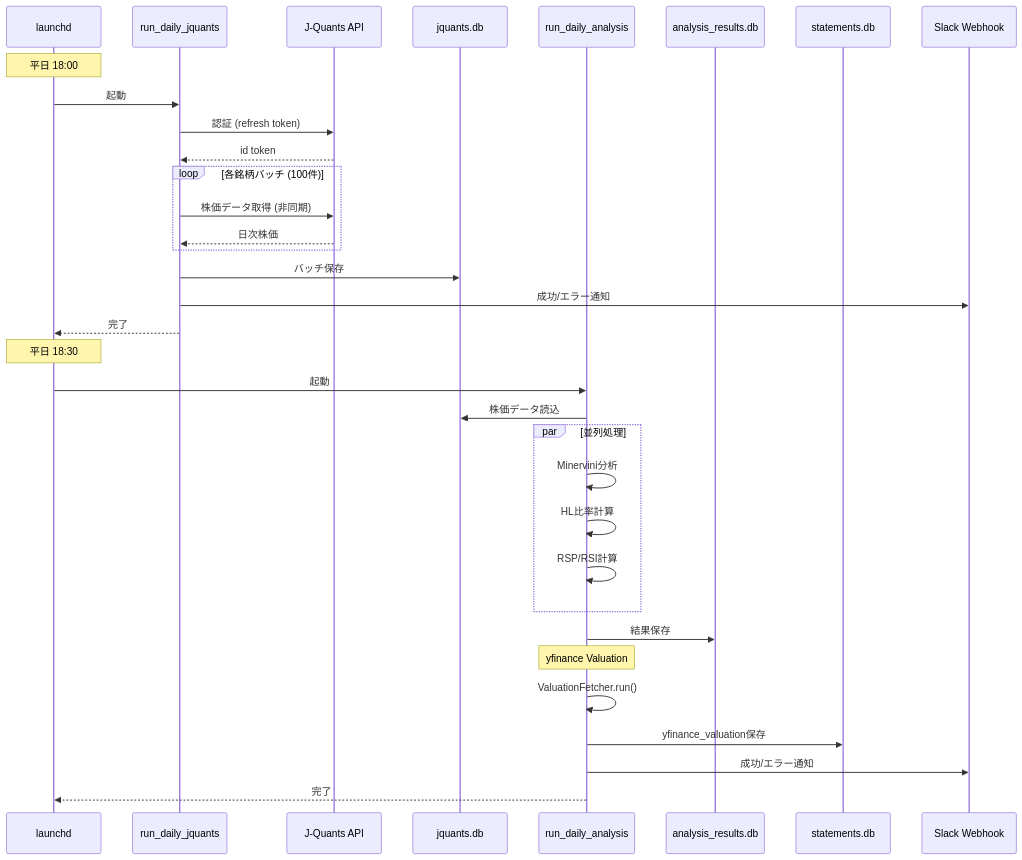
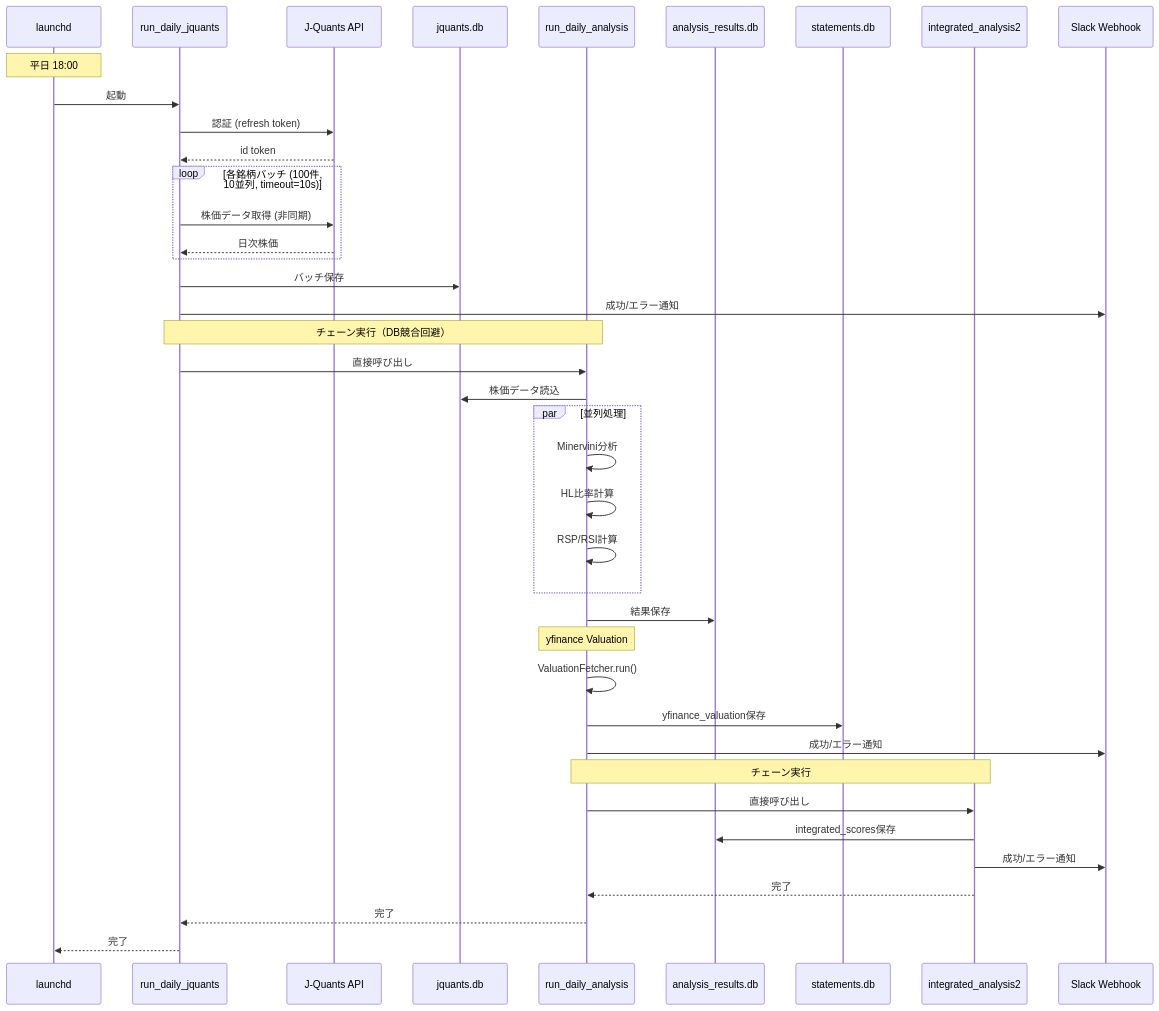
Before and after one commit to aidotters/stock-analysis: the third of 8 diagrams in docs/core/diagrams.md, drawn with Mermaid. The commit also changed other lines of this file and 11 other files, not shown here.

````diff
--- a/docs/core/diagrams.md
+++ b/docs/core/diagrams.md
@@ -151,44 +151,51 @@
 ```mermaid
 sequenceDiagram
     participant Launchd as launchd
     participant RDJ as run_daily_jquants
     participant JQ as J-Quants API
     participant DB as jquants.db
     participant RDA as run_daily_analysis
     participant ADB as analysis_results.db
     participant SDB as statements.db
+    participant IA2 as integrated_analysis2
     participant Slack as Slack Webhook
 
     Note over Launchd: 平日 18:00
     Launchd->>RDJ: 起動
     RDJ->>JQ: 認証 (refresh token)
     JQ-->>RDJ: id token
 
-    loop 各銘柄バッチ (100件)
+    loop 各銘柄バッチ (100件, 10並列, timeout=10s)
         RDJ->>JQ: 株価データ取得 (非同期)
         JQ-->>RDJ: 日次株価
     end
 
     RDJ->>DB: バッチ保存
     RDJ->>Slack: 成功/エラー通知
-    RDJ-->>Launchd: 完了
 
-    Note over Launchd: 平日 18:30
-    Launchd->>RDA: 起動
+    Note over RDJ,RDA: チェーン実行（DB競合回避）
+    RDJ->>RDA: 直接呼び出し
     RDA->>DB: 株価データ読込
 
     par 並列処理
         RDA->>RDA: Minervini分析
         RDA->>RDA: HL比率計算
         RDA->>RDA: RSP/RSI計算
     end
 
     RDA->>ADB: 結果保存
 
     Note over RDA: yfinance Valuation
     RDA->>RDA: ValuationFetcher.run()
     RDA->>SDB: yfinance_valuation保存
 
     RDA->>Slack: 成功/エラー通知
-    RDA-->>Launchd: 完了
+
+    Note over RDA,IA2: チェーン実行
+    RDA->>IA2: 直接呼び出し
+    IA2->>ADB: integrated_scores保存
+    IA2->>Slack: 成功/エラー通知
+    IA2-->>RDA: 完了
+    RDA-->>RDJ: 完了
+    RDJ-->>Launchd: 完了
 ```
````
